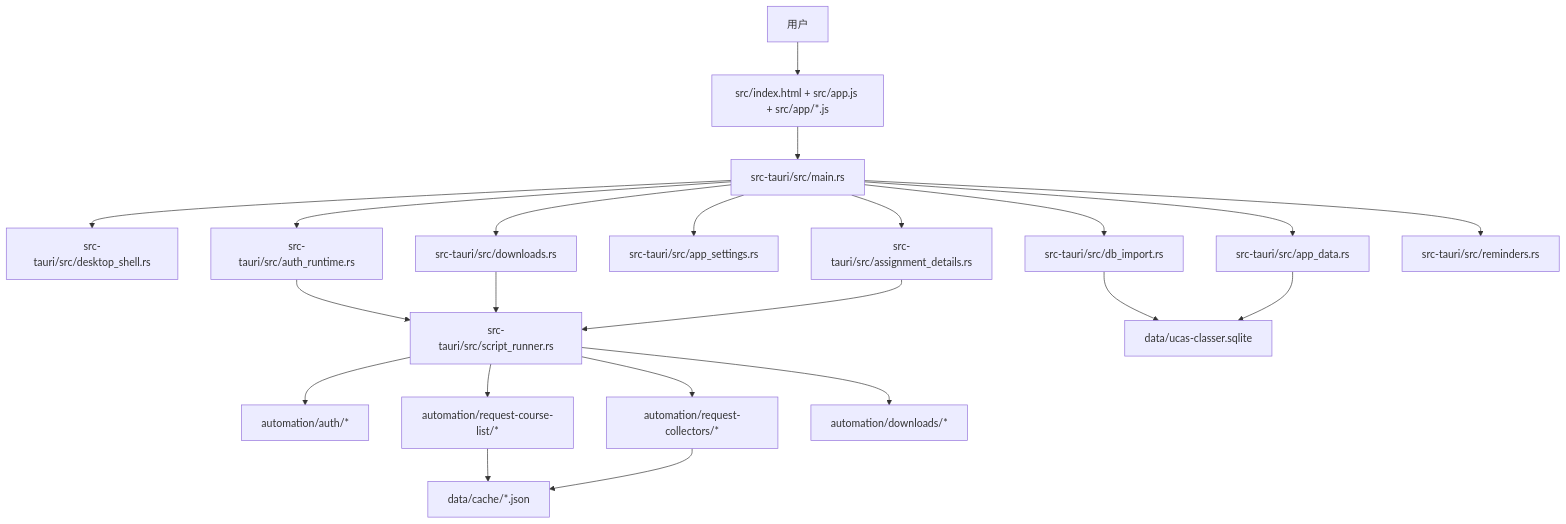
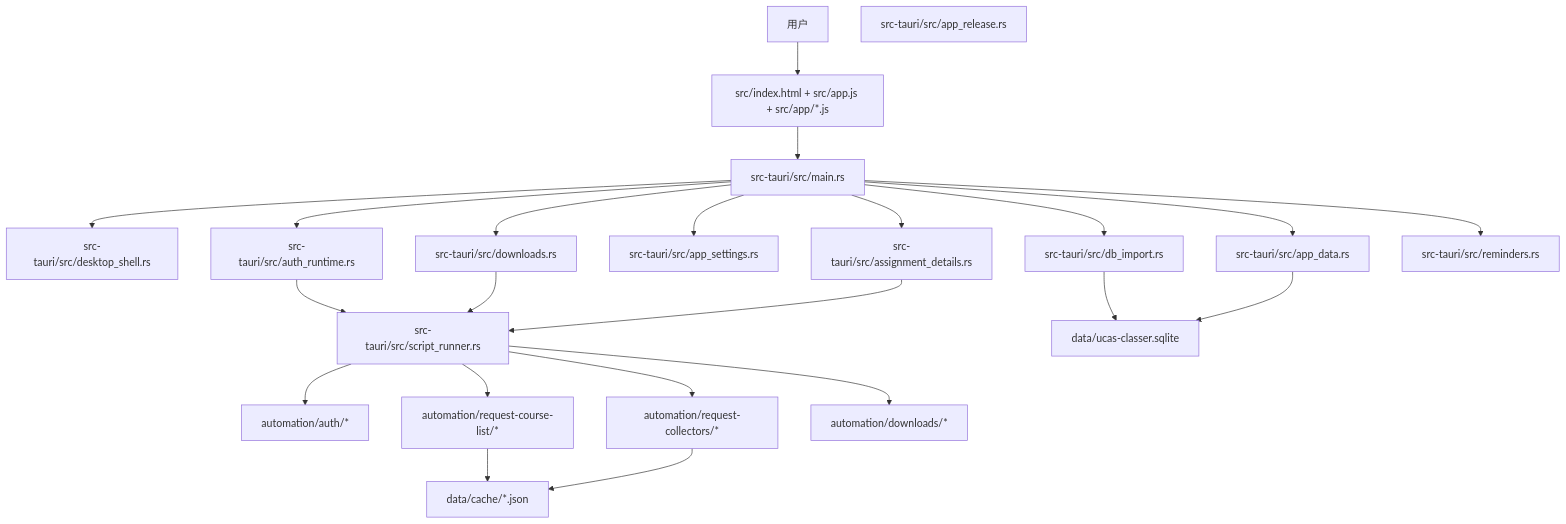
One commit to Chengyue-Lu/UCAS-Classer changed the diagram in docs/program-map.md. Above: the diagram before and after it, drawn with Mermaid. The commit also changed other lines of this file and 17 other files, not shown here.

````diff
--- a/docs/program-map.md
+++ b/docs/program-map.md
@@ -10,43 +10,44 @@
 ```mermaid
 flowchart TD
   User[用户]
   FE[src/index.html + src/app.js + src/app/*.js]
   TA[src-tauri/src/main.rs]
   Shell[src-tauri/src/desktop_shell.rs]
   Runtime[src-tauri/src/auth_runtime.rs]
   Data[src-tauri/src/app_data.rs]
+  Release[src-tauri/src/app_release.rs]
   Settings[src-tauri/src/app_settings.rs]
   Importer[src-tauri/src/db_import.rs]
   Downloads[src-tauri/src/downloads.rs]
   AssignmentCache[src-tauri/src/assignment_details.rs]
   Reminders[src-tauri/src/reminders.rs]
   Runner[src-tauri/src/script_runner.rs]
   Auth[automation/auth/*]
   CourseList[automation/request-course-list/*]
   Collectors[automation/request-collectors/*]
   DownloadScripts[automation/downloads/*]
   Cache[data/cache/*.json]
   DB[data/ucas-classer.sqlite]
 
   User --> FE
   FE --> TA
   TA --> Shell
   TA --> Runtime
   TA --> Data
   TA --> Settings
   TA --> Importer
   TA --> Downloads
   TA --> AssignmentCache
   TA --> Reminders
   Runtime --> Runner
   Downloads --> Runner
   AssignmentCache --> Runner
   Runner --> Auth
   Runner --> CourseList
   Runner --> Collectors
   Runner --> DownloadScripts
   CourseList --> Cache
   Collectors --> Cache
   Importer --> DB
   Data --> DB
 ```
````
